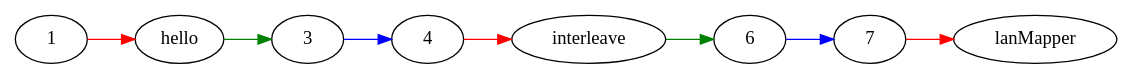
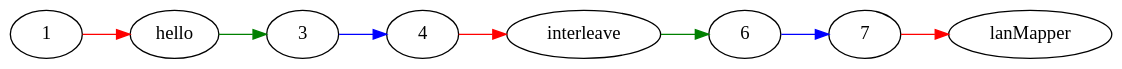
One commit to jwiegley/thinking-with-functions changed the second of 2 diagrams in org-beamer-template.org. Above: the diagram before and after it, drawn with Graphviz. The commit also changed other lines of this file and 5 other files, not shown here.

Commit message:
Corrections and fixes; Haskell and diagrams evaluation not working

```diff
--- a/org-beamer-template.org
+++ b/org-beamer-template.org
@@ -123,15 +128,16 @@
 #+begin_src dot :file diagram4.svg :cmdline -Tsvg :results file
 digraph {
+    bgcolor=transparent;
     rankdir=LR;
     2 [label=hello];
     5 [label=interleave];
     8 [label=lanMapper];
     1 -> 2 [color=red];
     2 -> 3 [color=green];
     3 -> 4 [color=blue];
     4 -> 5 [color=red];
     5 -> 6 [color=green];
     6 -> 7 [color=blue];
     7 -> 8 [color=red];
 }
 #+end_src
```
